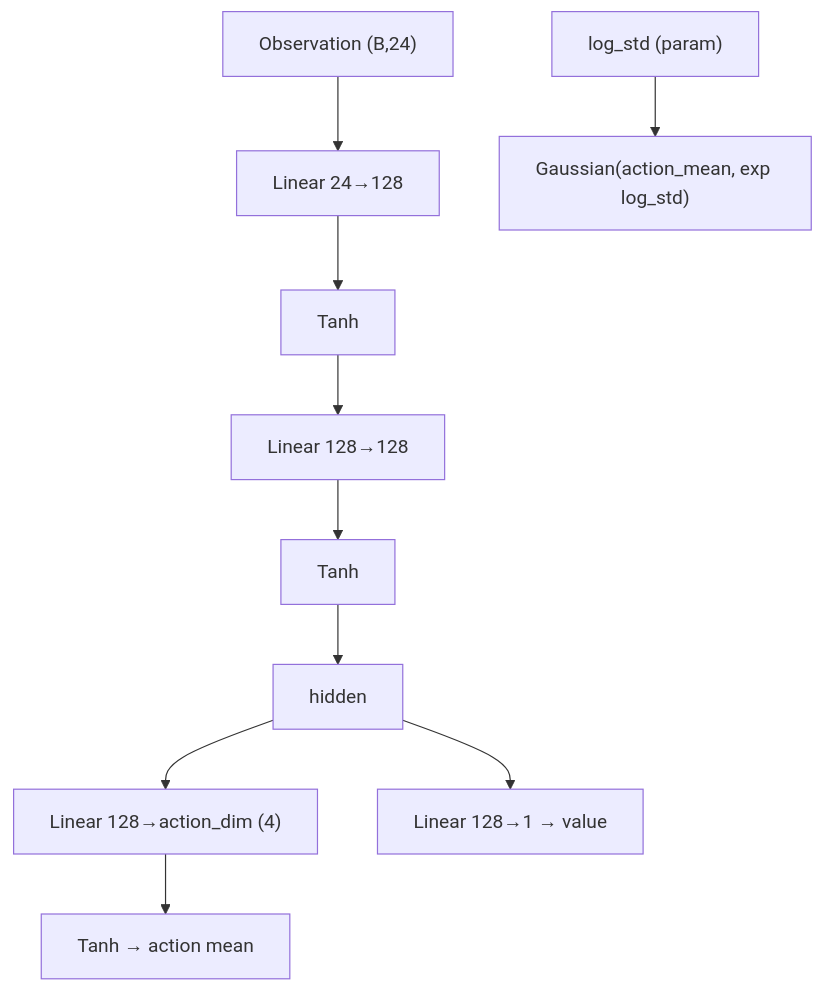
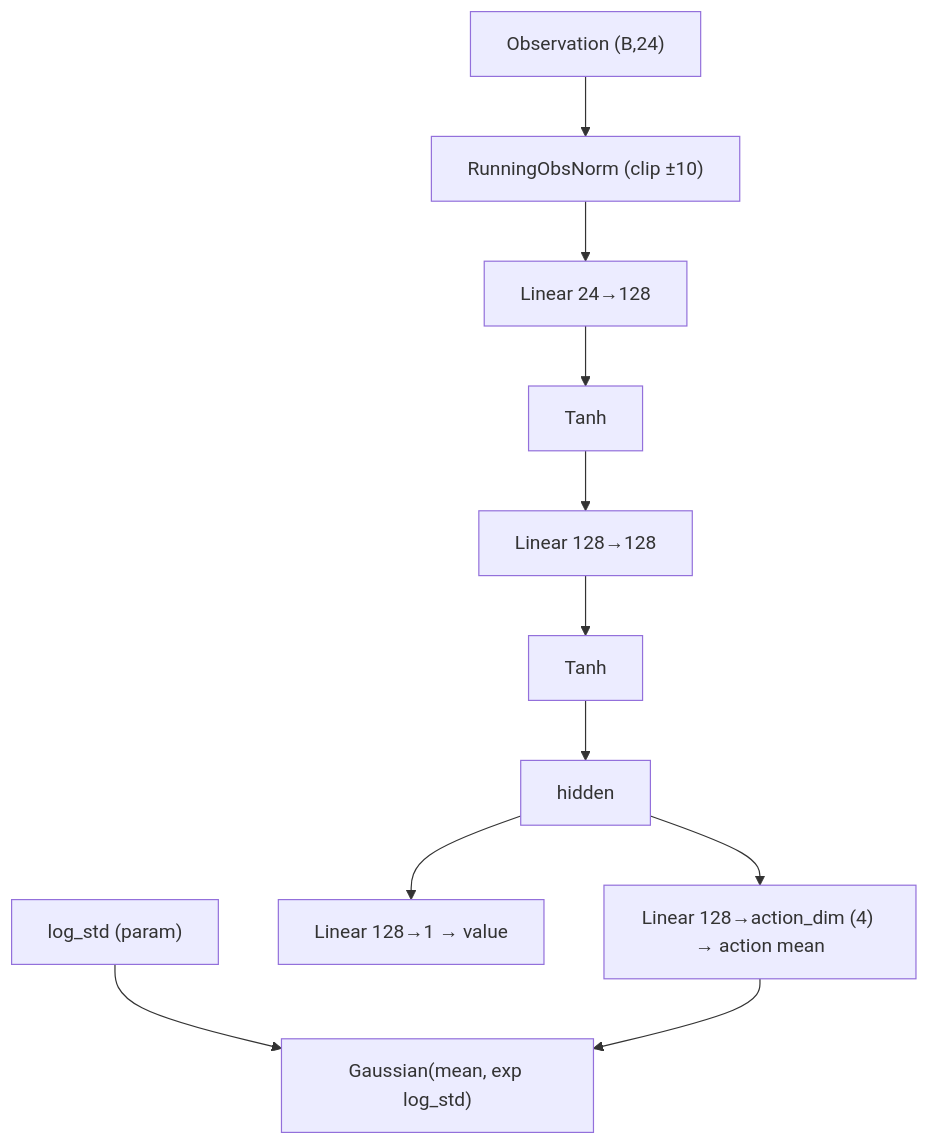
Before and after one commit to VG-Fish/PerforatedAI-Quantization-Experiment: diagram 12 of 22 in information/MODEL_REFERENCE.md, drawn with Mermaid. The commit also changed other lines of this file and 11 other files, not shown here.

````diff
--- a/information/MODEL_REFERENCE.md
+++ b/information/MODEL_REFERENCE.md
@@ -565,8 +661,10 @@
 ```mermaid
 flowchart TD
-    obs["Observation (B,24)"] --> b1["Linear 24→128"] --> t1["Tanh"]
+    obs["Observation (B,24)"] --> n["RunningObsNorm (clip ±10)"]
+    n --> b1["Linear 24→128"] --> t1["Tanh"]
     t1 --> b2["Linear 128→128"] --> t2["Tanh"] --> h["hidden"]
-    h --> mean["Linear 128→action_dim (4)"] --> tan["Tanh → action mean"]
+    h --> mean["Linear 128→action_dim (4) → action mean"]
     h --> v["Linear 128→1 → value"]
-    logstd["log_std (param)"] --> dist["Gaussian(action_mean, exp log_std)"]
+    logstd["log_std (param)"] --> dist["Gaussian(mean, exp log_std)"]
+    mean --> dist
 ```
````
